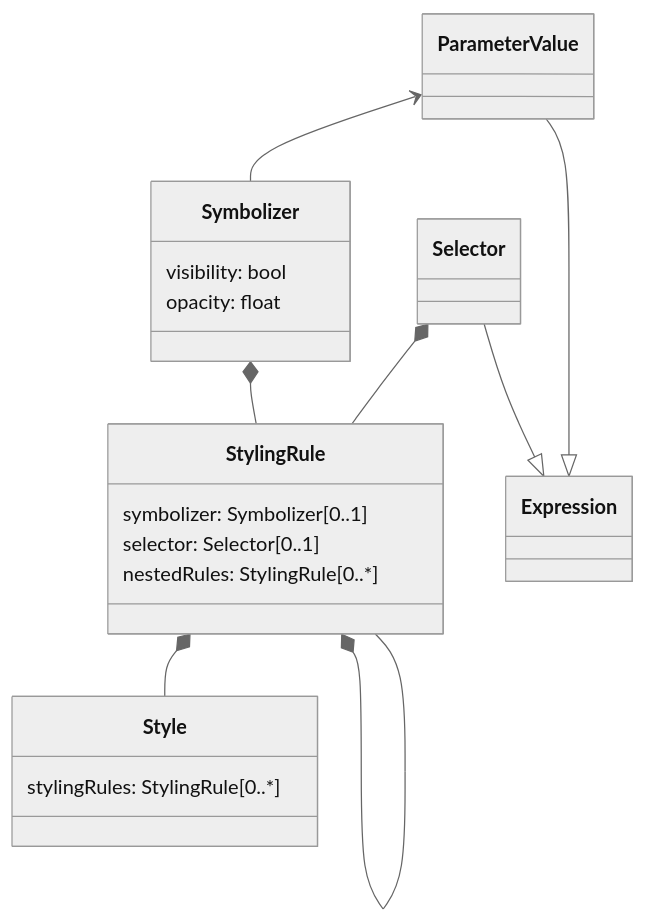
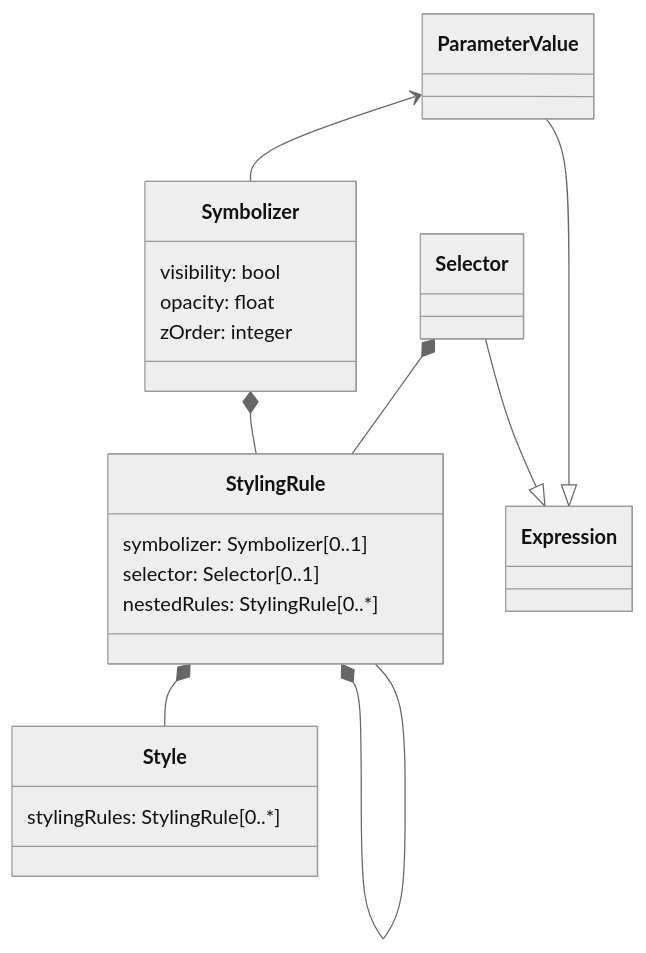
Before and after one commit to opengeospatial/styles-and-symbology: the diagram in core/UML/mermaid/core.md, drawn with Mermaid (neutral theme). The commit also changed 2 other files, not shown here.

Commit message:
UML/2DGraphics; VectorFeaturesSymbolizer: Fixes and improvements

````diff
--- a/core/UML/mermaid/core.md
+++ b/core/UML/mermaid/core.md
@@ -3,31 +3,36 @@
 ```mermaid
 classDiagram
 
 %% Class definitions
 class Style {
    stylingRules: StylingRule[0..*]
 }
 
 class StylingRule {
    symbolizer: Symbolizer[0..1]
    selector: Selector[0..1]
    nestedRules: StylingRule[0..*]
 }
 StylingRule --* StylingRule
 
 class Selector
+
+%% Note: zOrder needs discussion on whether it should be relative or float
+%%       and how to relate to encodings where the visual priority order
+%%       comes from the order of the rules.
 class Symbolizer {
    visibility: bool
    opacity: float
+   zOrder: integer
 }
 class Expression
 class ParameterValue
 
 %% Relations
 ParameterValue --|> Expression
 Selector --|> Expression
 StylingRule *-- Style
 Selector *-- StylingRule
 Symbolizer *-- StylingRule
 ParameterValue <-- Symbolizer
 ```
````
